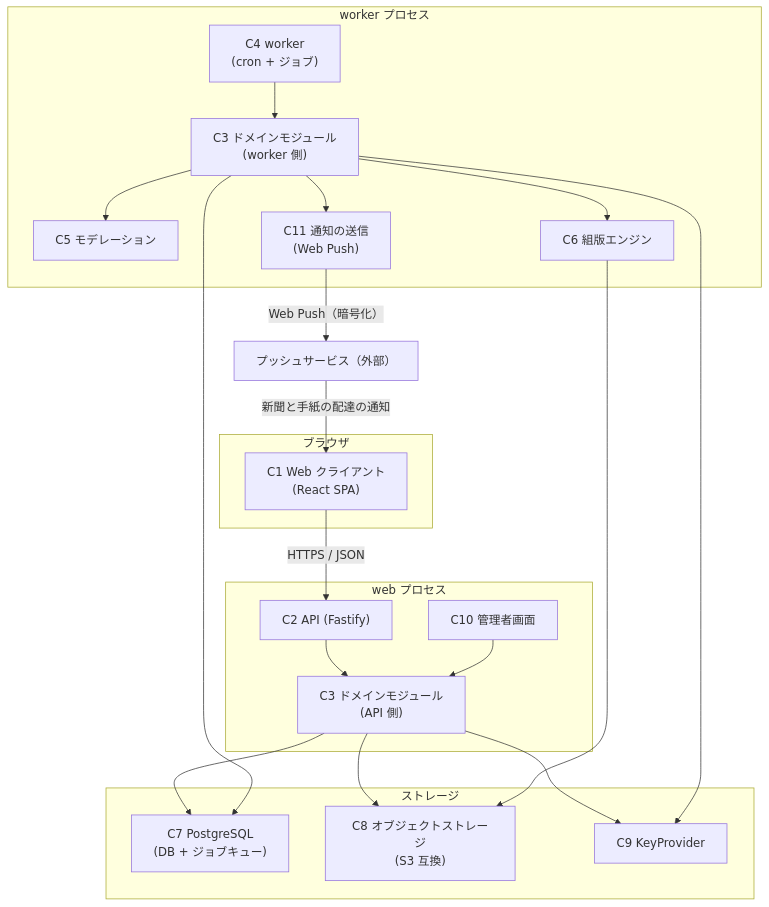
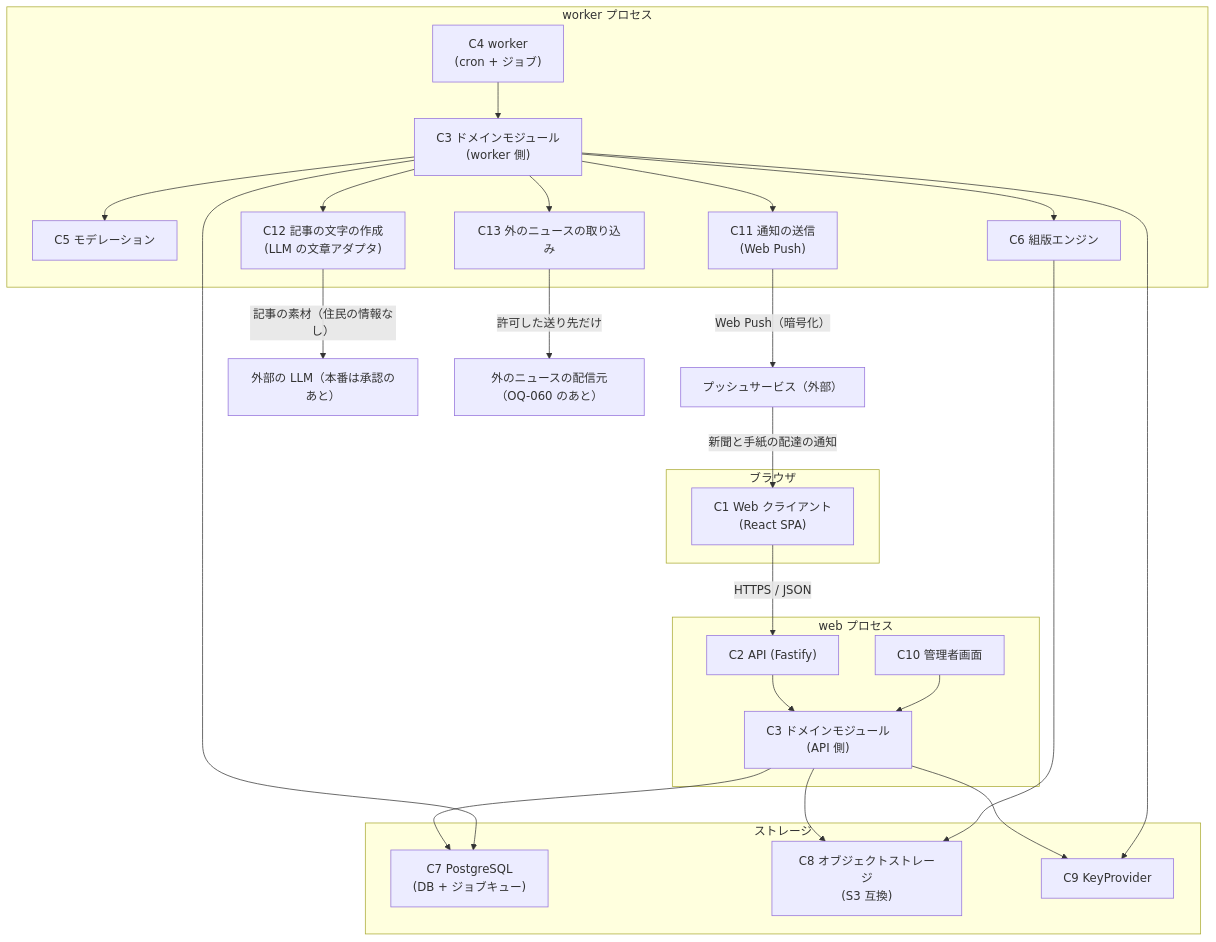
Before and after one commit to BONUS-git/yuguregaoka-3chome: the diagram in .ai/architecture.md, drawn with Mermaid. The commit also changed other lines of this file and 18 other files, not shown here.

````diff
--- a/.ai/architecture.md
+++ b/.ai/architecture.md
@@ -52,44 +54,52 @@
 ```mermaid
 flowchart TB
     subgraph Browser["ブラウザ"]
         C1["C1 Web クライアント\n(React SPA)"]
     end
 
     subgraph WebProc["web プロセス"]
         C2["C2 API (Fastify)"]
         C3w["C3 ドメインモジュール\n(API 側)"]
         C10["C10 管理者画面"]
     end
 
     subgraph WorkerProc["worker プロセス"]
         C4["C4 worker\n(cron + ジョブ)"]
         C3wk["C3 ドメインモジュール\n(worker 側)"]
         C5["C5 モデレーション"]
         C6["C6 組版エンジン"]
         C11["C11 通知の送信\n(Web Push)"]
+        C12["C12 記事の文字の作成\n(LLM の文章アダプタ)"]
+        C13["C13 外のニュースの取り込み"]
     end
 
     Push["プッシュサービス（外部）"]
+    LLM["外部の LLM（本番は承認のあと）"]
+    News["外のニュースの配信元（OQ-060 のあと）"]
 
     subgraph StorageLayer["ストレージ"]
         C7["C7 PostgreSQL\n(DB + ジョブキュー)"]
         C8["C8 オブジェクトストレージ\n(S3 互換)"]
         C9["C9 KeyProvider"]
     end
 
     C1 -->|HTTPS / JSON| C2
     C2 --> C3w
     C10 --> C3w
     C3w --> C7
     C3w --> C9
     C3w --> C8
     C4 --> C3wk
     C3wk --> C5
     C3wk --> C6
     C3wk --> C7
     C6 --> C8
     C3wk --> C9
     C3wk --> C11
     C11 -->|Web Push（暗号化）| Push
     Push -->|新聞と手紙の配達の通知| C1
+    C3wk --> C12
+    C3wk --> C13
+    C12 -->|記事の素材（住民の情報なし）| LLM
+    C13 -->|許可した送り先だけ| News
 ```
````
